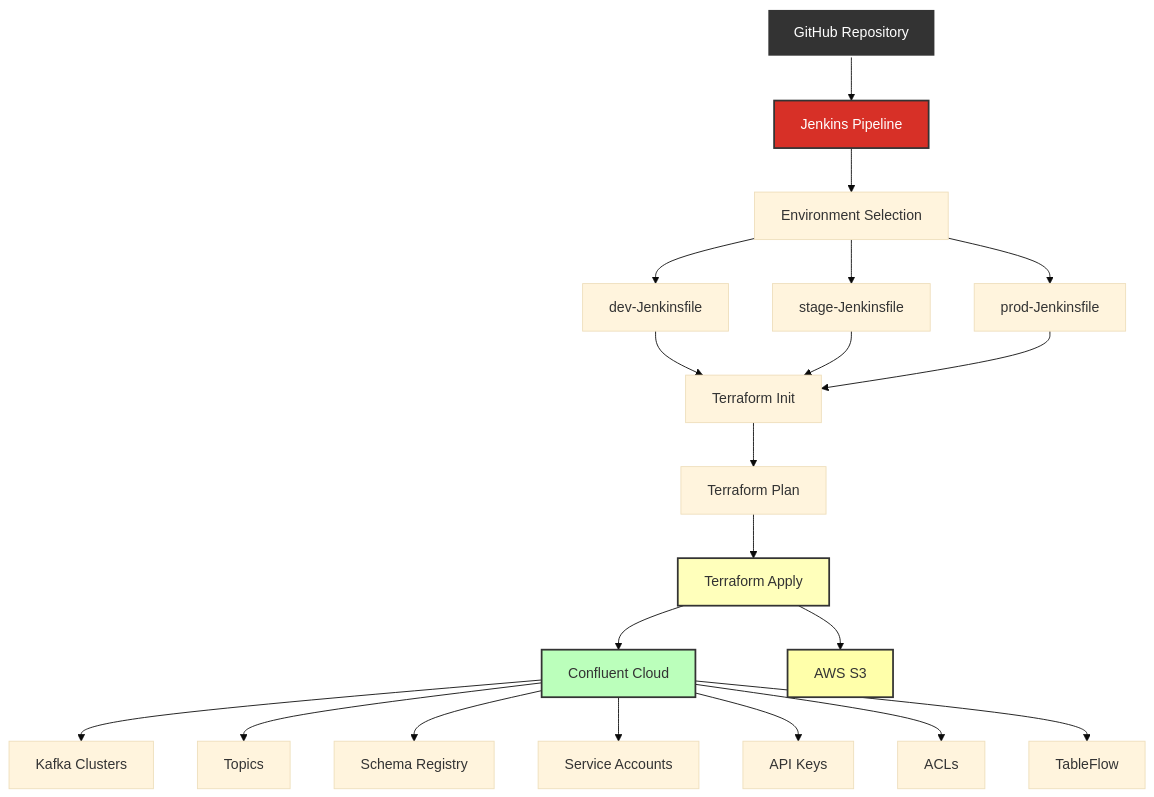
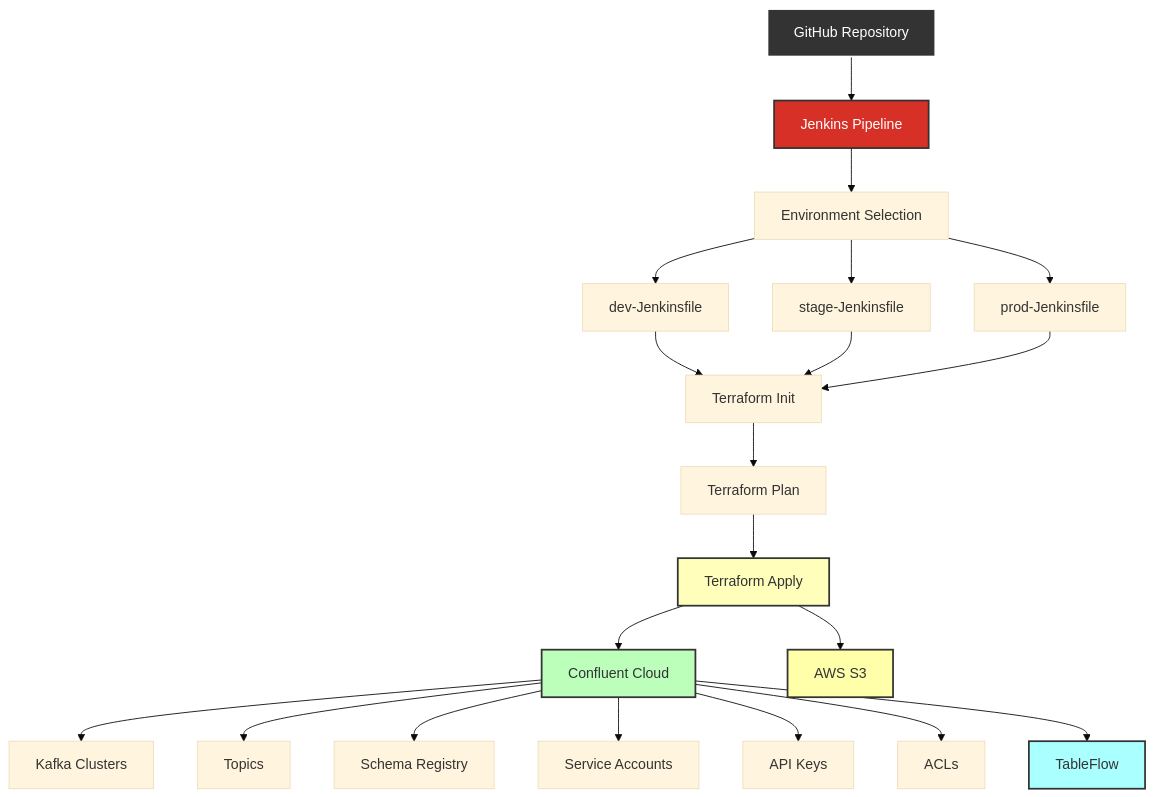
Before and after one commit to ssantrosyan/confluent-provisioning: the diagram in README.md, drawn with Mermaid (base theme). The commit also changed 29 other files, not shown here.

````diff
--- a/README.md
+++ b/README.md
@@ -62,28 +62,29 @@
 ```mermaid
 graph TD
     A[GitHub Repository] --> B[Jenkins Pipeline]
     B --> C[Environment Selection]
     C --> D[dev-Jenkinsfile]
     C --> E[stage-Jenkinsfile]
     C --> F[prod-Jenkinsfile]
     D --> G[Terraform Init]
     E --> G
     F --> G
     G --> H[Terraform Plan]
     H --> I[Terraform Apply]
     I --> J[Confluent Cloud]
     I --> Q[AWS S3]
     J --> K[Kafka Clusters]
     J --> L[Topics]
     J --> M[Schema Registry]
     J --> N[Service Accounts]
     J --> O[API Keys]
     J --> P[ACLs]
     J --> R[TableFlow]
     
     style A fill:#333,stroke:#fff,stroke-width:2px,color:#fff
     style B fill:#d73027,stroke:#333,stroke-width:2px,color:#fff
     style J fill:#bfb,stroke:#333,stroke-width:2px
     style I fill:#ffb,stroke:#333,stroke-width:2px
     style Q fill:#ffa,stroke:#333,stroke-width:2px
+    style R fill:#aff,stroke:#333,stroke-width:2px
 ```
````
